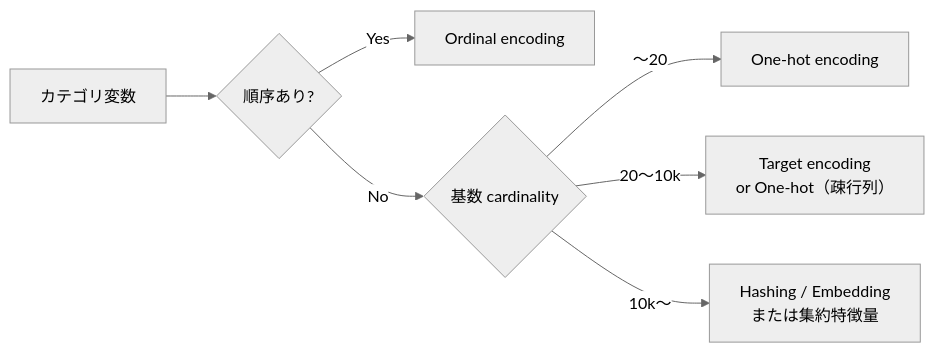
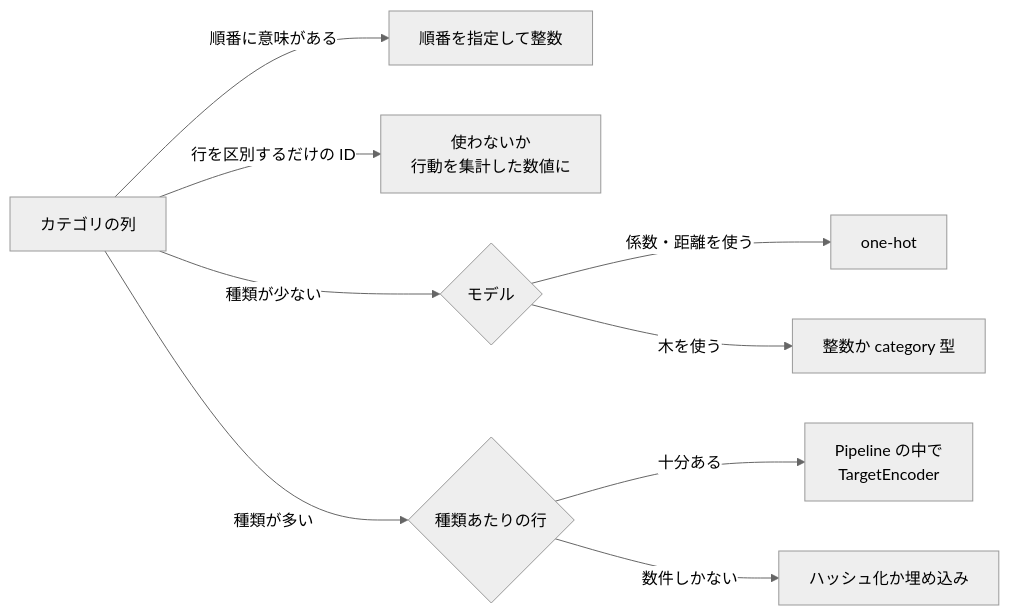
Before and after one commit to nao1215/debimate: the diagram in projects/ml/notes/ml/categorical-encoding/index.md, drawn with Mermaid (neutral theme). The commit also changed other lines of this file and 12 other files, not shown here.

Commit message:
docs(ml): rewrite categorical-encoding note around target encoding that looks good in CV but fails on unseen data

````diff
--- a/projects/ml/notes/ml/categorical-encoding/index.md
+++ b/projects/ml/notes/ml/categorical-encoding/index.md
@@ -22,9 +360,11 @@
 ```mermaid
-graph LR
-    A["カテゴリ変数"] --> B{"順序あり?"}
-    B -- Yes --> C["Ordinal encoding"]
-    B -- No --> D{"基数 cardinality"}
-    D -- "〜20" --> E["One-hot encoding"]
-    D -- "20〜10k" --> F["Target encoding<br/>or One-hot（疎行列）"]
-    D -- "10k〜" --> G["Hashing / Embedding<br/>または集約特徴量"]
+flowchart LR
+    A["カテゴリの列"] -->|"順番に意味がある"| B["順番を指定して整数"]
+    A -->|"行を区別するだけの ID"| C["使わないか<br>行動を集計した数値に"]
+    A -->|"種類が少ない"| D{"モデル"}
+    A -->|"種類が多い"| E{"種類あたりの行"}
+    E -->|"十分ある"| H["Pipeline の中で<br>TargetEncoder"]
+    E -->|"数件しかない"| I["ハッシュ化か埋め込み"]
+    D -->|"係数・距離を使う"| F["one-hot"]
+    D -->|"木を使う"| G["整数か category 型"]
 ```
````
